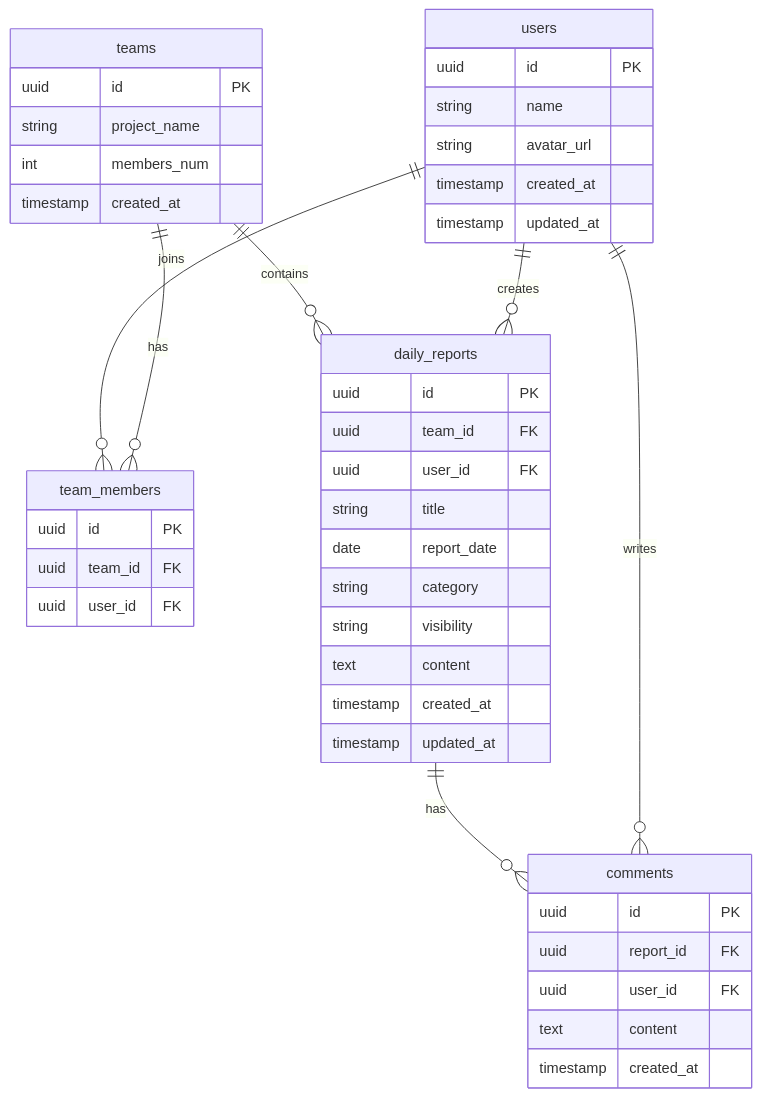
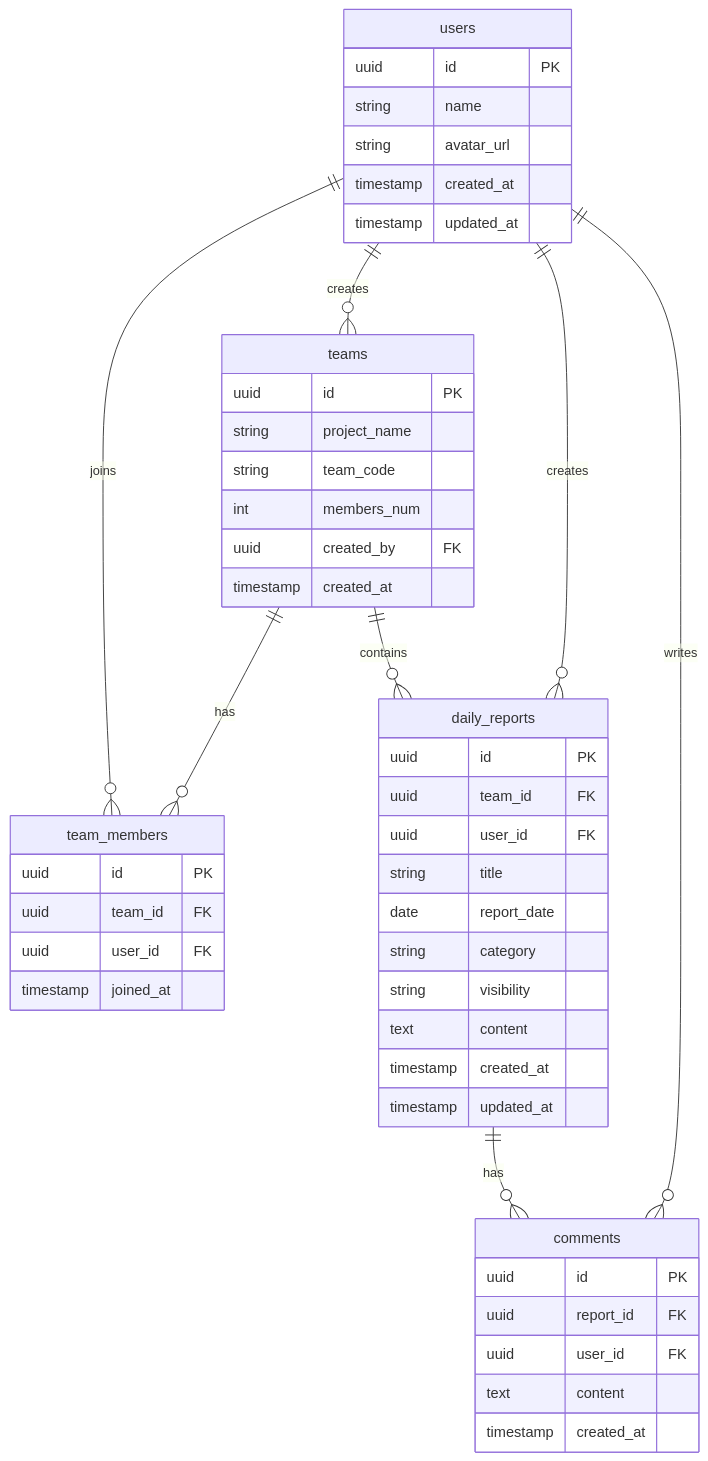
The diagram in docs/er-diagram.md (Nagitokuta/devstep-daily-report), drawn with Mermaid before and after one commit. The commit also changed 1 other file, not shown here.

Commit message:
feat: チーム参加コードカラム、チーム作成者カラム、参加日カラムを追加

````diff
--- a/docs/er-diagram.md
+++ b/docs/er-diagram.md
@@ -1,52 +1,56 @@
 ```mermaid
 erDiagram
 
     users {
         uuid id PK
         string name
         string avatar_url
         timestamp created_at
         timestamp updated_at
     }
 
     teams {
         uuid id PK
         string project_name
+        string team_code
         int members_num
+        uuid created_by FK
         timestamp created_at
     }
 
     team_members {
         uuid id PK
         uuid team_id FK
         uuid user_id FK
+        timestamp joined_at
     }
 
     daily_reports {
         uuid id PK
         uuid team_id FK
         uuid user_id FK
         string title
         date report_date
         string category
         string visibility
         text content
         timestamp created_at
         timestamp updated_at
     }
 
     comments {
         uuid id PK
         uuid report_id FK
         uuid user_id FK
         text content
         timestamp created_at
     }
 
-    teams ||--o{ team_members : "has"
-    users ||--o{ team_members : "joins"
-    users ||--o{ daily_reports : "creates"
-    users ||--o{ comments : "writes"
-    daily_reports ||--o{ comments : "has"
-    teams ||--o{ daily_reports : "contains"
+    teams ||--o{ team_members : has
+    users ||--o{ team_members : joins
+    users ||--o{ teams : creates
+    users ||--o{ daily_reports : creates
+    users ||--o{ comments : writes
+    daily_reports ||--o{ comments : has
+    teams ||--o{ daily_reports : contains
 ```
````
